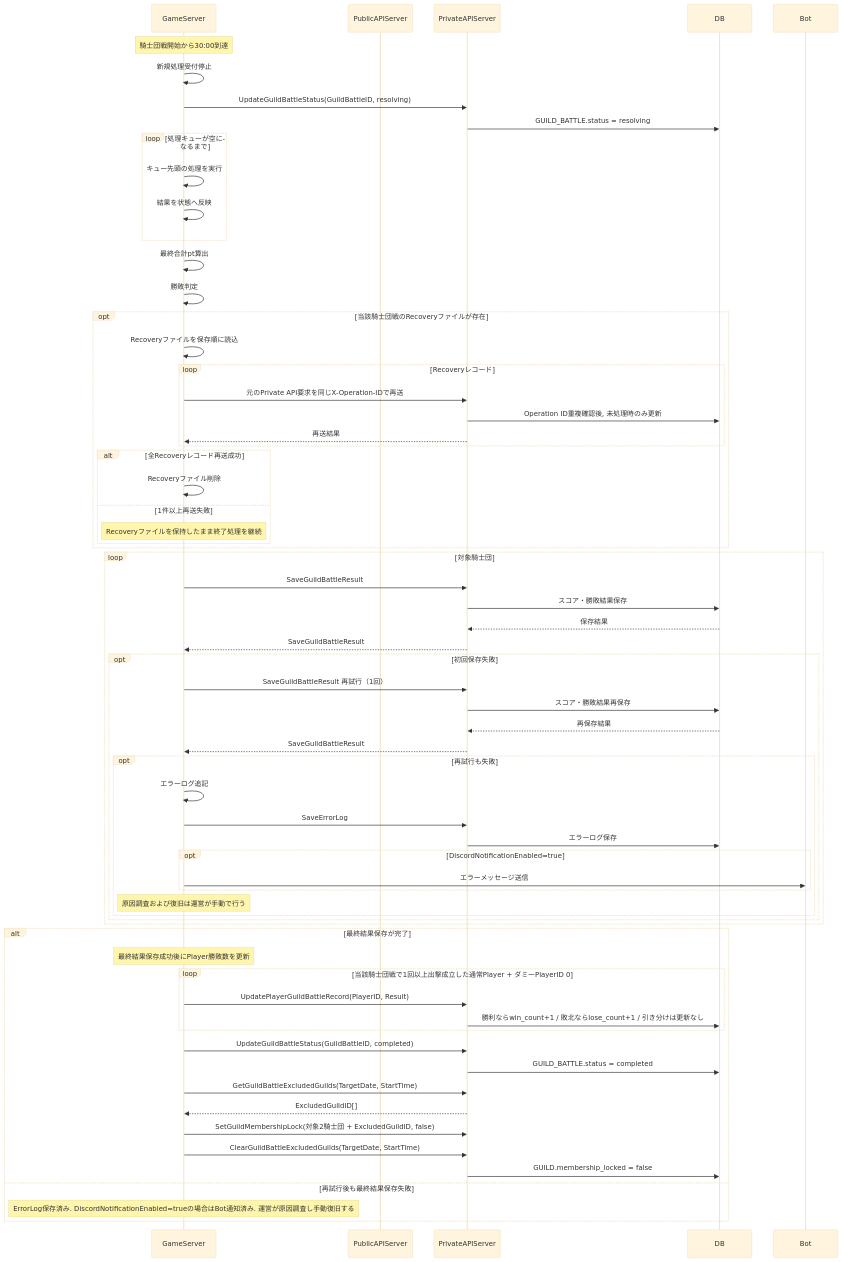
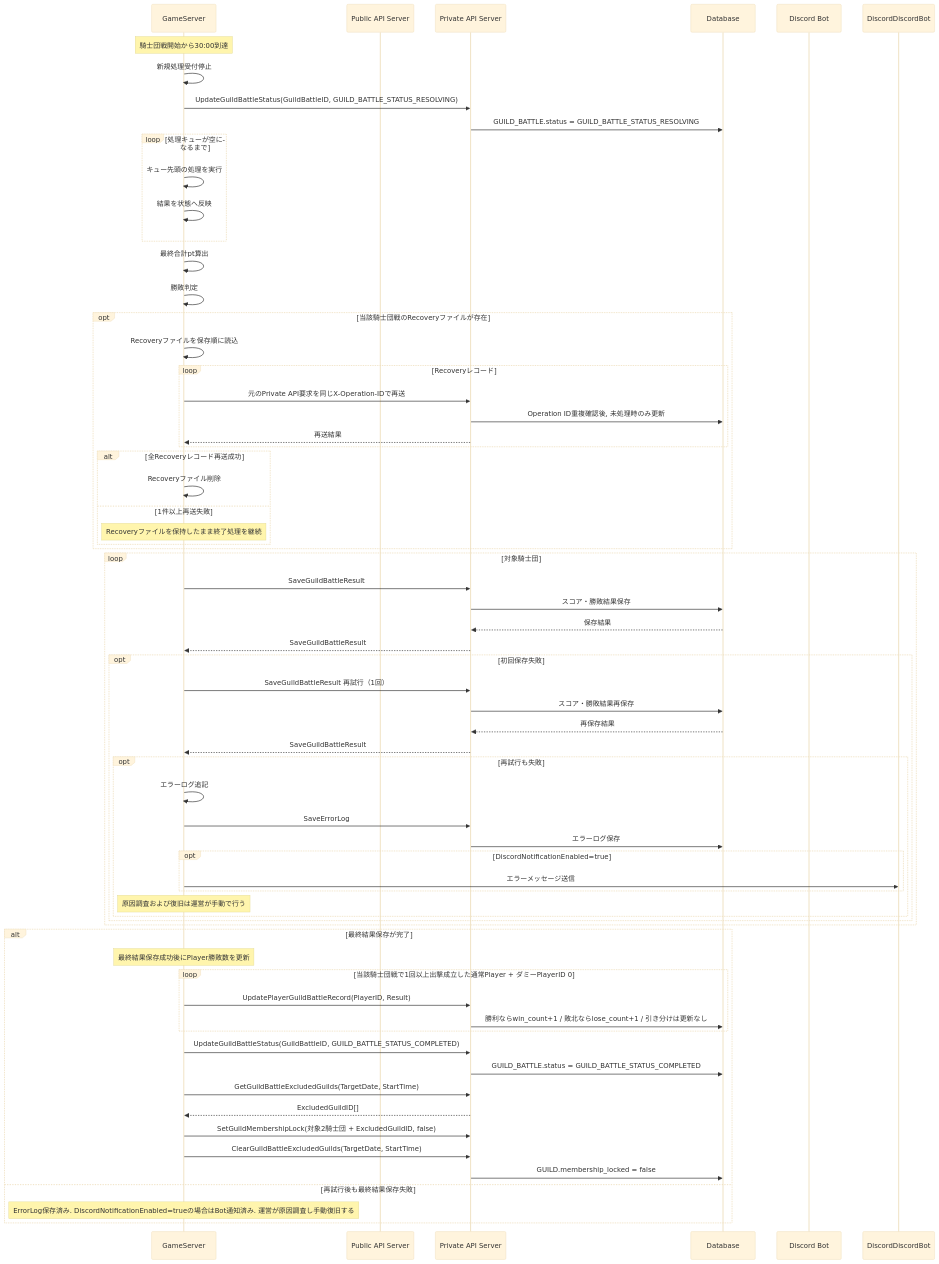
Diagram 13 of 13 in design/server/guild_battle.md (ReHydrangeaOdyssey/Specifications), drawn with Mermaid (base theme) before and after one commit. The commit also changed other lines of this file and 12 other files, not shown here.

Commit message:
図などの名称の統一

````diff
--- a/design/server/guild_battle.md
+++ b/design/server/guild_battle.md
@@ -627,77 +627,77 @@
 ```mermaid
 sequenceDiagram
     participant GameServer
-    participant PublicAPIServer
-    participant PrivateAPIServer
-    participant DB
-    participant Bot
+    participant PublicAPIServer as Public API Server
+    participant PrivateAPIServer as Private API Server
+    participant Database
+    participant DiscordBot as Discord Bot
 
     Note over GameServer: 騎士団戦開始から30:00到達
 
     GameServer->>GameServer: 新規処理受付停止
-    GameServer->>PrivateAPIServer: UpdateGuildBattleStatus(GuildBattleID, resolving)
-    PrivateAPIServer->>DB: GUILD_BATTLE.status = resolving
+    GameServer->>PrivateAPIServer: UpdateGuildBattleStatus(GuildBattleID, GUILD_BATTLE_STATUS_RESOLVING)
+    PrivateAPIServer->>Database: GUILD_BATTLE.status = GUILD_BATTLE_STATUS_RESOLVING
 
     loop 処理キューが空になるまで
         GameServer->>GameServer: キュー先頭の処理を実行
         GameServer->>GameServer: 結果を状態へ反映
     end
 
     GameServer->>GameServer: 最終合計pt算出
     GameServer->>GameServer: 勝敗判定
 
     opt 当該騎士団戦のRecoveryファイルが存在
         GameServer->>GameServer: Recoveryファイルを保存順に読込
         loop Recoveryレコード
             GameServer->>PrivateAPIServer: 元のPrivate API要求を同じX-Operation-IDで再送
-            PrivateAPIServer->>DB: Operation ID重複確認後, 未処理時のみ更新
+            PrivateAPIServer->>Database: Operation ID重複確認後, 未処理時のみ更新
             PrivateAPIServer-->>GameServer: 再送結果
         end
         alt 全Recoveryレコード再送成功
             GameServer->>GameServer: Recoveryファイル削除
         else 1件以上再送失敗
             Note over GameServer: Recoveryファイルを保持したまま終了処理を継続
         end
     end
 
     loop 対象騎士団
         GameServer->>PrivateAPIServer: SaveGuildBattleResult
-        PrivateAPIServer->>DB: スコア・勝敗結果保存
-        DB-->>PrivateAPIServer: 保存結果
+        PrivateAPIServer->>Database: スコア・勝敗結果保存
+        Database-->>PrivateAPIServer: 保存結果
         PrivateAPIServer-->>GameServer: SaveGuildBattleResult
 
         opt 初回保存失敗
             GameServer->>PrivateAPIServer: SaveGuildBattleResult 再試行（1回）
-            PrivateAPIServer->>DB: スコア・勝敗結果再保存
-            DB-->>PrivateAPIServer: 再保存結果
+            PrivateAPIServer->>Database: スコア・勝敗結果再保存
+            Database-->>PrivateAPIServer: 再保存結果
             PrivateAPIServer-->>GameServer: SaveGuildBattleResult
             opt 再試行も失敗
                 GameServer->>GameServer: エラーログ追記
                 GameServer->>PrivateAPIServer: SaveErrorLog
-                PrivateAPIServer->>DB: エラーログ保存
+                PrivateAPIServer->>Database: エラーログ保存
                 opt DiscordNotificationEnabled=true
-                    GameServer->>Bot: エラーメッセージ送信
+                    GameServer->>DiscordDiscordBot: エラーメッセージ送信
                 end
                 Note over GameServer: 原因調査および復旧は運営が手動で行う
             end
         end
     end
 
 
     alt 最終結果保存が完了
         Note over GameServer: 最終結果保存成功後にPlayer勝敗数を更新
         loop 当該騎士団戦で1回以上出撃成立した通常Player + ダミーPlayerID 0
             GameServer->>PrivateAPIServer: UpdatePlayerGuildBattleRecord(PlayerID, Result)
-            PrivateAPIServer->>DB: 勝利ならwin_count+1 / 敗北ならlose_count+1 / 引き分けは更新なし
+            PrivateAPIServer->>Database: 勝利ならwin_count+1 / 敗北ならlose_count+1 / 引き分けは更新なし
         end
-        GameServer->>PrivateAPIServer: UpdateGuildBattleStatus(GuildBattleID, completed)
-        PrivateAPIServer->>DB: GUILD_BATTLE.status = completed
+        GameServer->>PrivateAPIServer: UpdateGuildBattleStatus(GuildBattleID, GUILD_BATTLE_STATUS_COMPLETED)
+        PrivateAPIServer->>Database: GUILD_BATTLE.status = GUILD_BATTLE_STATUS_COMPLETED
         GameServer->>PrivateAPIServer: GetGuildBattleExcludedGuilds(TargetDate, StartTime)
         PrivateAPIServer-->>GameServer: ExcludedGuildID[]
         GameServer->>PrivateAPIServer: SetGuildMembershipLock(対象2騎士団 + ExcludedGuildID, false)
         GameServer->>PrivateAPIServer: ClearGuildBattleExcludedGuilds(TargetDate, StartTime)
-        PrivateAPIServer->>DB: GUILD.membership_locked = false
+        PrivateAPIServer->>Database: GUILD.membership_locked = false
     else 再試行後も最終結果保存失敗
         Note over GameServer: ErrorLog保存済み. DiscordNotificationEnabled=trueの場合はBot通知済み. 運営が原因調査し手動復旧する
     end
 ```
````
